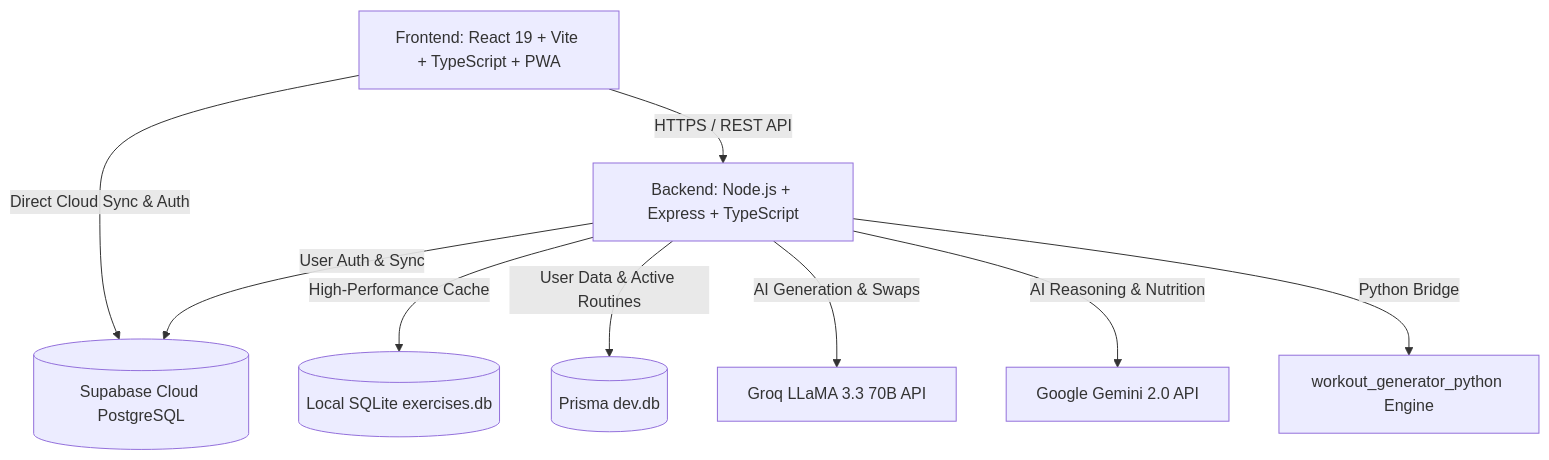
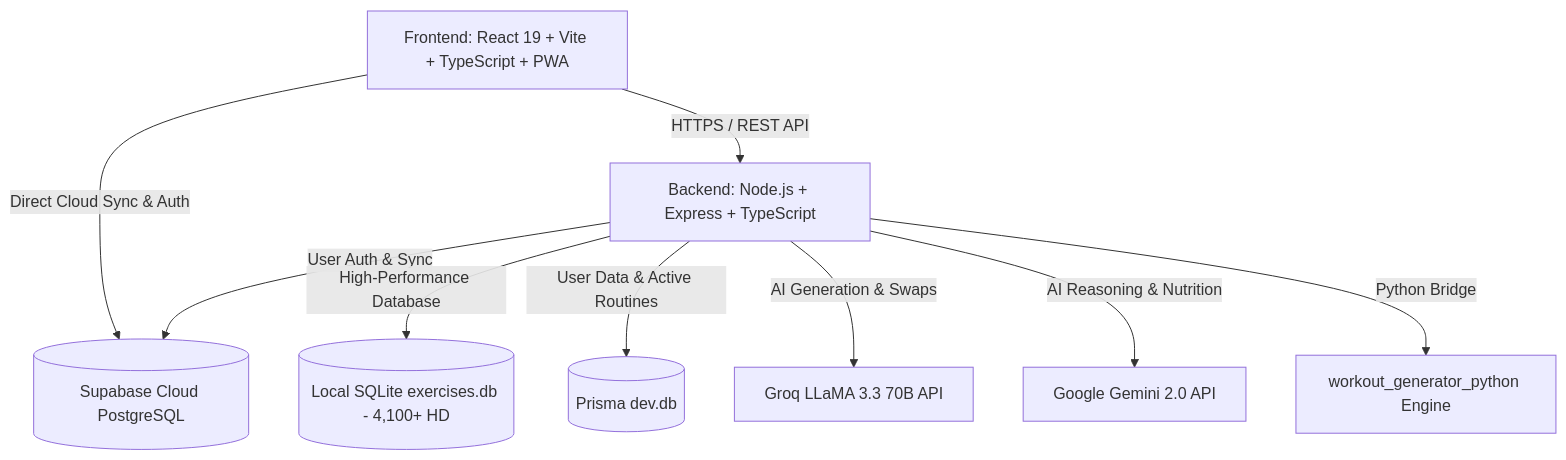
Before and after one commit to Mak241288/New-Beast-Mode: the diagram in README.md, drawn with Mermaid. The commit also changed other lines of this file, not shown here.

````diff
--- a/README.md
+++ b/README.md
@@ -59,11 +78,11 @@
 ```mermaid
 graph TD
     A[Frontend: React 19 + Vite + TypeScript + PWA] -->|HTTPS / REST API| B[Backend: Node.js + Express + TypeScript]
     A -->|Direct Cloud Sync & Auth| C[(Supabase Cloud PostgreSQL)]
     B -->|User Auth & Sync| C
-    B -->|High-Performance Cache| D[(Local SQLite exercises.db)]
+    B -->|High-Performance Database| D[(Local SQLite exercises.db - 4,100+ HD)]
     B -->|User Data & Active Routines| E[(Prisma dev.db)]
     B -->|AI Generation & Swaps| F[Groq LLaMA 3.3 70B API]
     B -->|AI Reasoning & Nutrition| G[Google Gemini 2.0 API]
     B -->|Python Bridge| H[workout_generator_python Engine]
 ```
````
